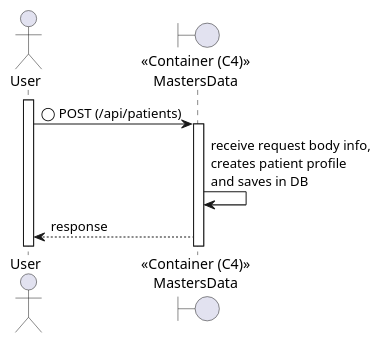
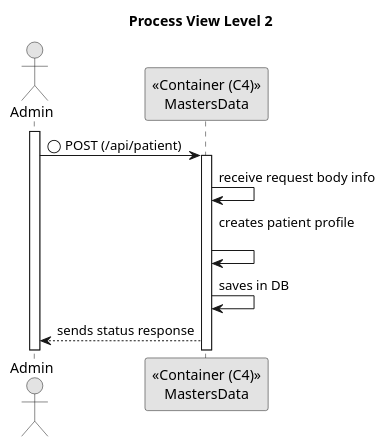
The diagram in Documentation/Views/Process-Views/Level2.puml (ruivieira03/sem5pi-24-25-g034), drawn with PlantUML before and after one commit. The commit also changed 8 other files, not shown here.

First line of the commit message:
#49 Data Schema added.

```diff
--- a/Documentation/Views/Process-Views/Level2.puml
+++ b/Documentation/Views/Process-Views/Level2.puml
@@ -1,11 +1,19 @@
 @startuml
-actor User
+skinparam monochrome true
+skinparam packageStyle rectangle
+skinparam shadowing false
 
-boundary "«Container (C4)»\nMastersData" as MastersData
-activate User
-User -> MastersData: ◯ POST (/api/patients)
+title Process View Level 2
+actor Admin
+
+participant "«Container (C4)»\nMastersData" as MastersData
+
+activate Admin
+Admin -> MastersData: ◯ POST (/api/patient)
 activate MastersData
-MastersData -> MastersData: receive request body info,\ncreates patient profile\nand saves in DB
-MastersData --> User: response
+MastersData -> MastersData: receive request body info
+MastersData -> MastersData: creates patient profile\n 
+MastersData -> MastersData:  saves in DB
+MastersData --> Admin: sends status response
 
 @enduml
```
